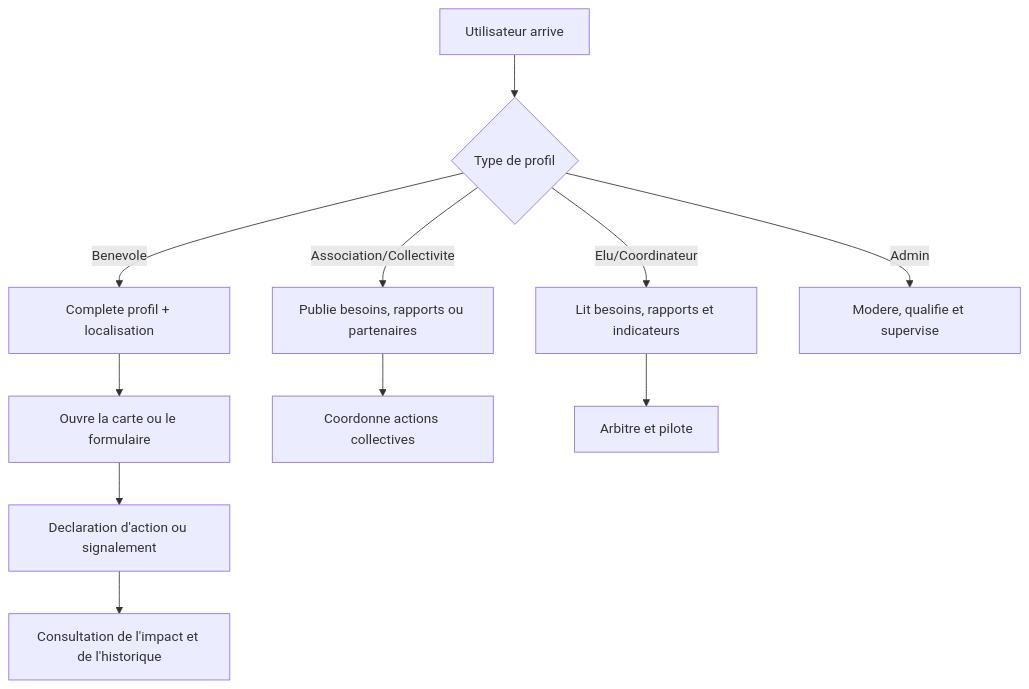
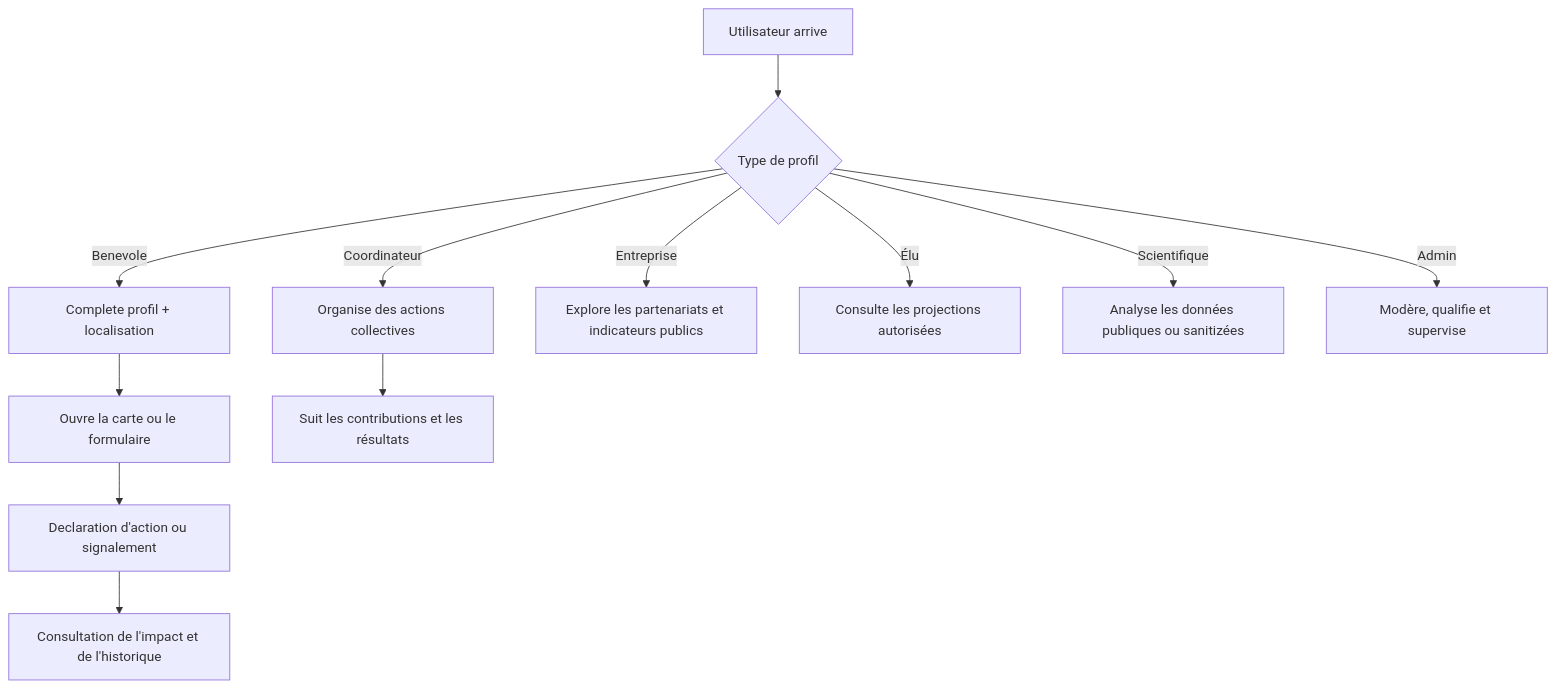
Before and after one commit to maxd4/CleanmyMap: the diagram in documentation/product/parcours-utilisateurs.md, drawn with Mermaid. The commit also changed other lines of this file and 14 other files, not shown here.

````diff
--- a/documentation/product/parcours-utilisateurs.md
+++ b/documentation/product/parcours-utilisateurs.md
@@ -4,13 +30,14 @@
 ```mermaid
 flowchart TD
   A[Utilisateur arrive] --> B{Type de profil}
   B -- Benevole --> C[Complete profil + localisation]
   C --> D[Ouvre la carte ou le formulaire]
   D --> E[Declaration d'action ou signalement]
   E --> F[Consultation de l'impact et de l'historique]
-  B -- Association/Collectivite --> G[Publie besoins, rapports ou partenaires]
-  G --> H[Coordonne actions collectives]
-  B -- Elu/Coordinateur --> I[Lit besoins, rapports et indicateurs]
-  I --> J[Arbitre et pilote]
-  B -- Admin --> K[Modere, qualifie et supervise]
+  B -- Coordinateur --> G[Organise des actions collectives]
+  G --> H[Suit les contributions et les résultats]
+  B -- Entreprise --> I[Explore les partenariats et indicateurs publics]
+  B -- Élu --> J[Consulte les projections autorisées]
+  B -- Scientifique --> K[Analyse les données publiques ou sanitizées]
+  B -- Admin --> L[Modère, qualifie et supervise]
 ```
````
